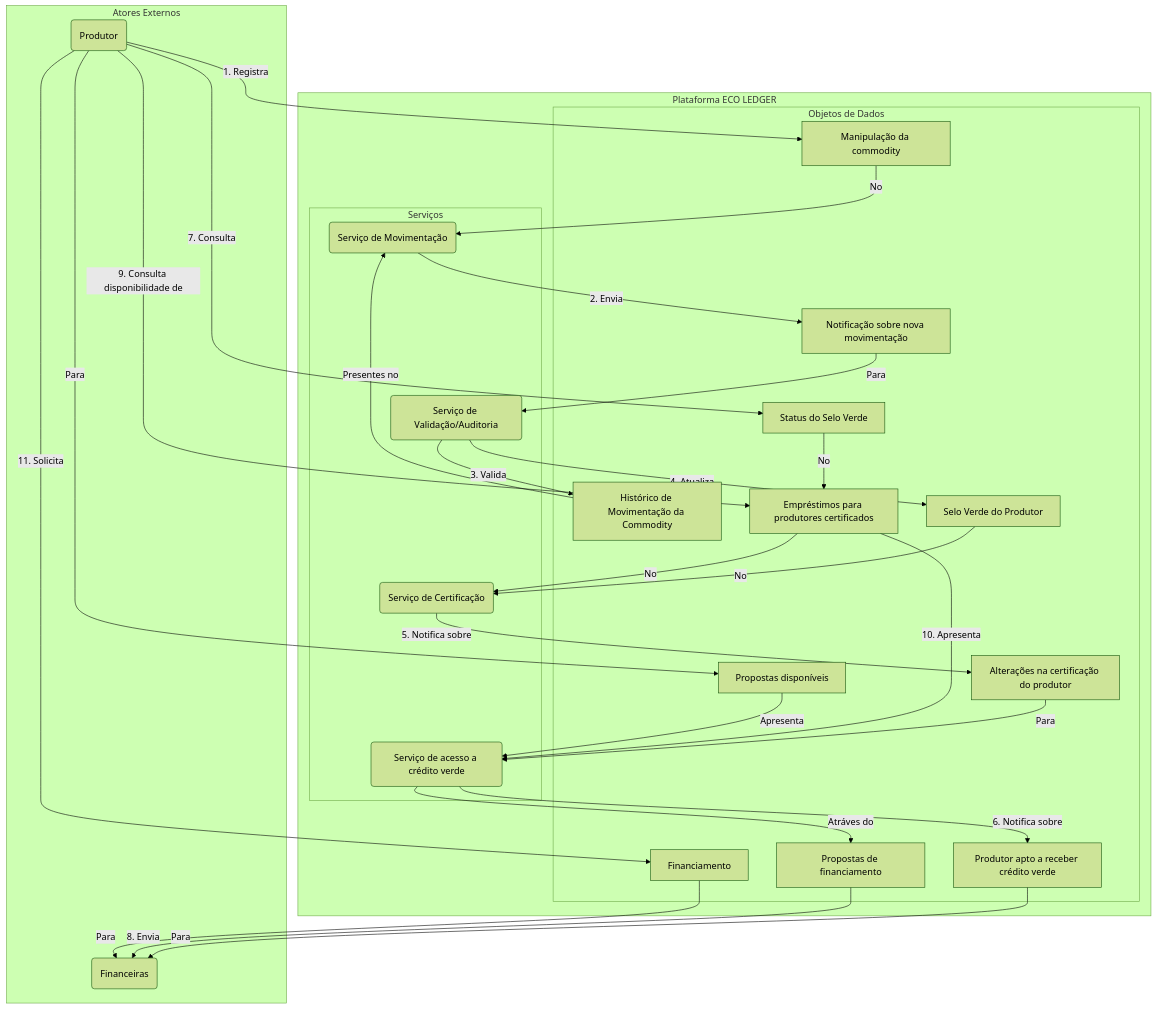
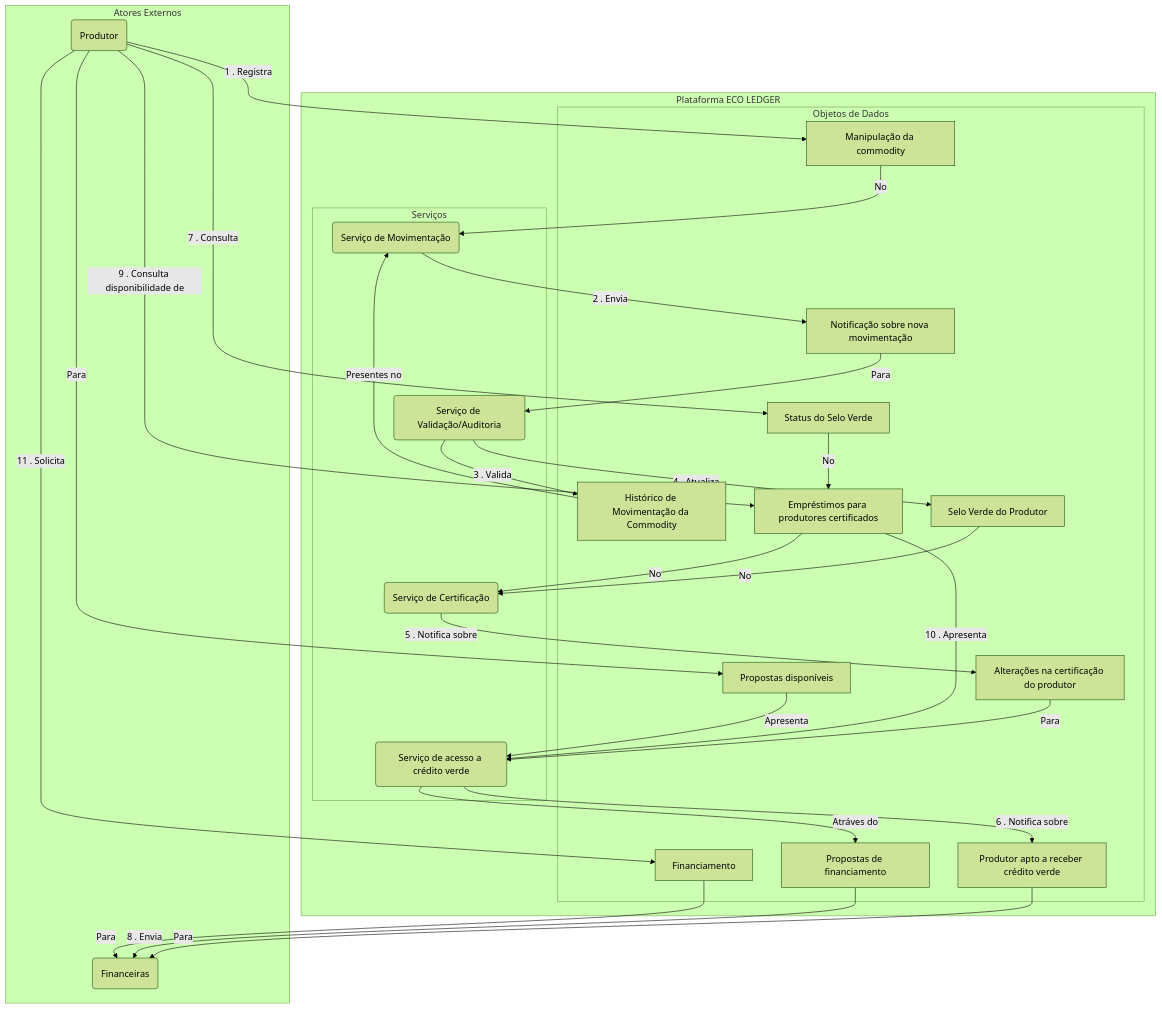
Before and after one commit to gsvalgreen/97AOJ_SW_ENG_PRINC_Ecoledger: the first of 2 diagrams in Projeto_1.md, drawn with Mermaid (forest theme). The commit also changed other lines of this file, not shown here.

````diff
--- a/Projeto_1.md
+++ b/Projeto_1.md
@@ -73,60 +77,58 @@
 ```mermaid
 
-graph TD  
-subgraph Atores Externos  
-P(Produtor)  
-FIN(Financeiras)  
-end
+graph TD
+    subgraph Atores Externos
+        P(Produtor)
+        FIN(Financeiras)
+    end
 
-    subgraph Plataforma ECO LEDGER  
-        subgraph Serviços  
-            SM(Serviço de Movimentação)  
-            SVA(Serviço de Validação/Auditoria)  
-            SC(Serviço de Certificação)  
-            SAC(Serviço de acesso a crédito verde)  
+    subgraph Plataforma ECO LEDGER
+        subgraph Serviços
+            SM(Serviço de Movimentação)
+            SVA(Serviço de Validação/Auditoria)
+            SC(Serviço de Certificação)
+            SAC(Serviço de acesso a crédito verde)
         end
 
-        subgraph Objetos de Dados  
-            MC[Manipulação da commodity]  
-            NM[Notificação sobre nova movimentação]  
-            HMC[Histórico de Movimentação da Commodity]  
-            SVP[Selo Verde do Produtor]  
-            SSV[Status do Selo Verde]  
-            EPC[Empréstimos para produtores certificados]  
-            ACP[Alterações na certificação do produtor]  
-            PD[Propostas disponíveis]  
-            PF[Propostas de financiamento]  
-            F[Financiamento]  
-            PAR[Produtor apto a receber crédito verde]  
-        end  
+        subgraph Objetos de Dados
+            MC[Manipulação da commodity]
+            NM[Notificação sobre nova movimentação]
+            HMC[Histórico de Movimentação da Commodity]
+            SVP[Selo Verde do Produtor]
+            SSV[Status do Selo Verde]
+            EPC[Empréstimos para produtores certificados]
+            ACP[Alterações na certificação do produtor]
+            PD[Propostas disponíveis]
+            PF[Propostas de financiamento]
+            F[Financiamento]
+            PAR[Produtor apto a receber crédito verde]
+        end
     end
 
-    %% Fluxo de Registro e Certificação  
-    P -- 1. Registra --> MC  
-    MC -- No --> SM  
-    SM -- 2. Envia --> NM  
-    NM -- Para --> SVA  
-    SVA -- 3. Valida --> HMC  
-    HMC -- Presentes no --> SM  
-    SVA -- 4. Atualiza --> SVP  
-    SVP -- No --> SC  
-    SC -- 5. Notifica sobre --> ACP  
-    ACP -- Para --> SAC  
-    SAC -- 6. Notifica sobre --> PAR  
+%% Fluxo de Registro e Certificação  
+    P -- 1 . Registra --> MC
+    MC -- No --> SM
+    SM -- 2 . Envia --> NM
+    NM -- Para --> SVA
+    SVA -- 3 . Valida --> HMC
+    HMC -- Presentes no --> SM
+    SVA -- 4 . Atualiza --> SVP
+    SVP -- No --> SC
+    SC -- 5 . Notifica sobre --> ACP
+    ACP -- Para --> SAC
+    SAC -- 6 . Notifica sobre --> PAR
     PAR -- Para --> FIN
-
-    %% Fluxo de Consulta de Status e Empréstimos  
-    P -- 7. Consulta --> SSV  
-    SSV -- No --> EPC  
-    EPC -- No --> SC  
-    P -- 9. Consulta disponibilidade de --> EPC  
-    EPC -- 10. Apresenta --> SAC  
-      
-    %% Fluxo de Financiamento  
-    P -- Para --> PD  
-    PD -- Apresenta --> SAC  
-    SAC -- Atráves do --> PF  
-    PF -- 8. Envia --> FIN  
-    P -- 11. Solicita --> F  
+%% Fluxo de Consulta de Status e Empréstimos  
+    P -- 7 . Consulta --> SSV
+    SSV -- No --> EPC
+    EPC -- No --> SC
+    P -- 9 . Consulta disponibilidade de --> EPC
+    EPC -- 10 . Apresenta --> SAC
+%% Fluxo de Financiamento  
+    P -- Para --> PD
+    PD -- Apresenta --> SAC
+    SAC -- Atráves do --> PF
+    PF -- 8 . Envia --> FIN
+    P -- 11 . Solicita --> F
     F -- Para --> FIN
 ```
````
